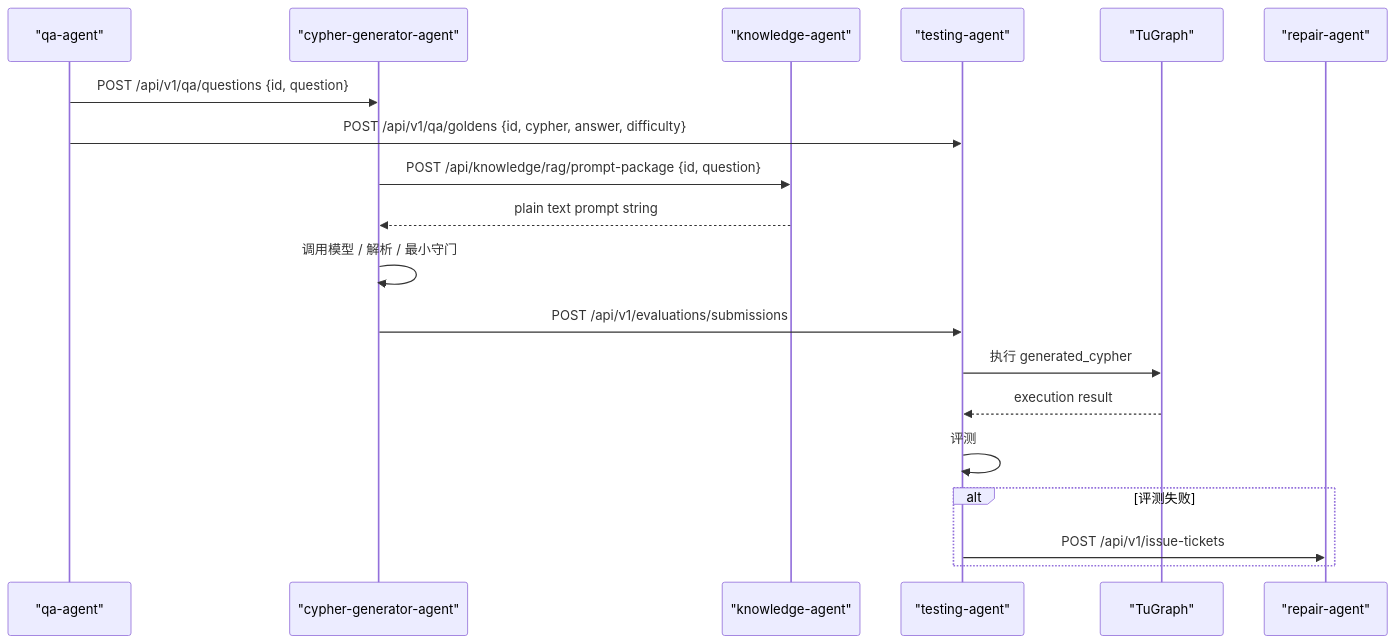
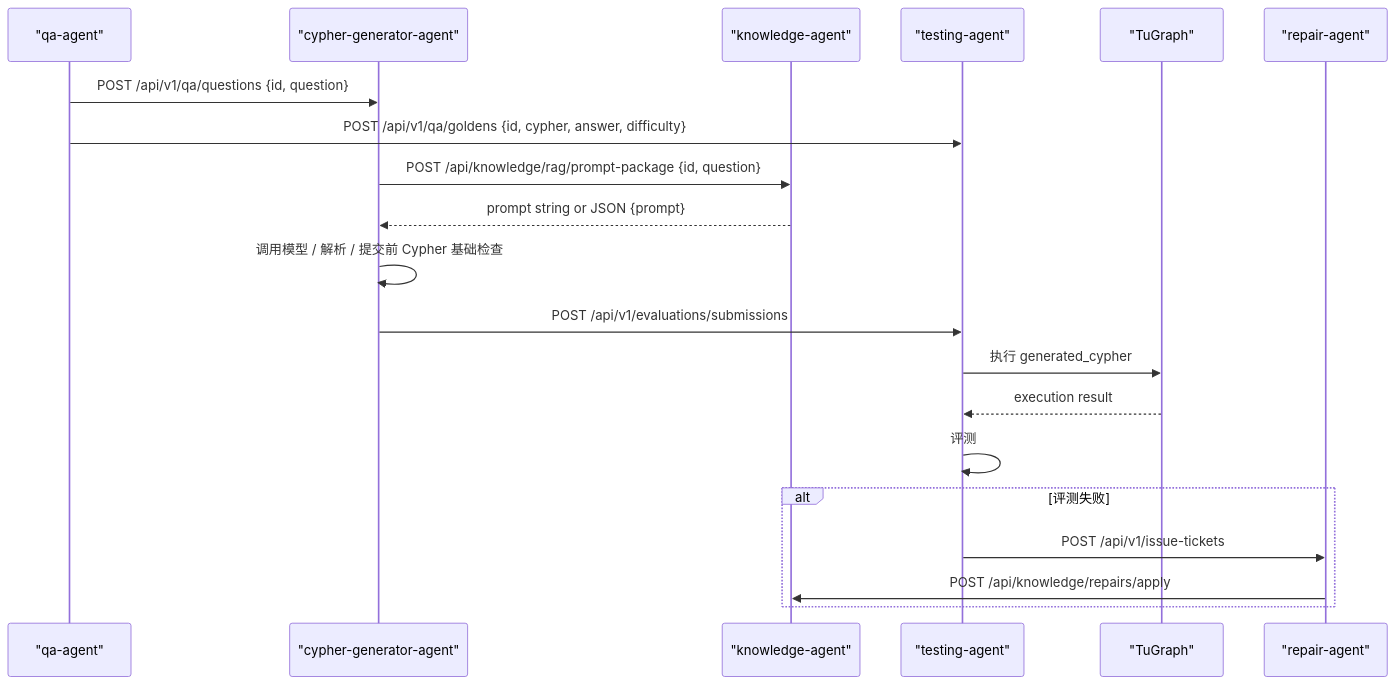
One commit to mangow0527/NL2Cypher changed the diagram in console/runtime_console/docs/reference/workflow.md. Above: the diagram before and after it, drawn with Mermaid. The commit also changed other lines of this file and 71 other files, not shown here.

````diff
--- a/console/runtime_console/docs/reference/workflow.md
+++ b/console/runtime_console/docs/reference/workflow.md
@@ -138,22 +137,23 @@
 ```mermaid
 sequenceDiagram
     participant QA as "qa-agent"
     participant CG as "cypher-generator-agent"
     participant knowledge-agent as "knowledge-agent"
     participant TS as "testing-agent"
     participant TG as "TuGraph"
     participant RS as "repair-agent"
 
     QA->>CG: POST /api/v1/qa/questions {id, question}
     QA->>TS: POST /api/v1/qa/goldens {id, cypher, answer, difficulty}
     CG->>knowledge-agent: POST /api/knowledge/rag/prompt-package {id, question}
-    knowledge-agent-->>CG: plain text prompt string
-    CG->>CG: 调用模型 / 解析 / 最小守门
+    knowledge-agent-->>CG: prompt string or JSON {prompt}
+    CG->>CG: 调用模型 / 解析 / 提交前 Cypher 基础检查
     CG->>TS: POST /api/v1/evaluations/submissions
     TS->>TG: 执行 generated_cypher
     TG-->>TS: execution result
     TS->>TS: 评测
     alt 评测失败
         TS->>RS: POST /api/v1/issue-tickets
+        RS->>knowledge-agent: POST /api/knowledge/repairs/apply
     end
 ```
````
